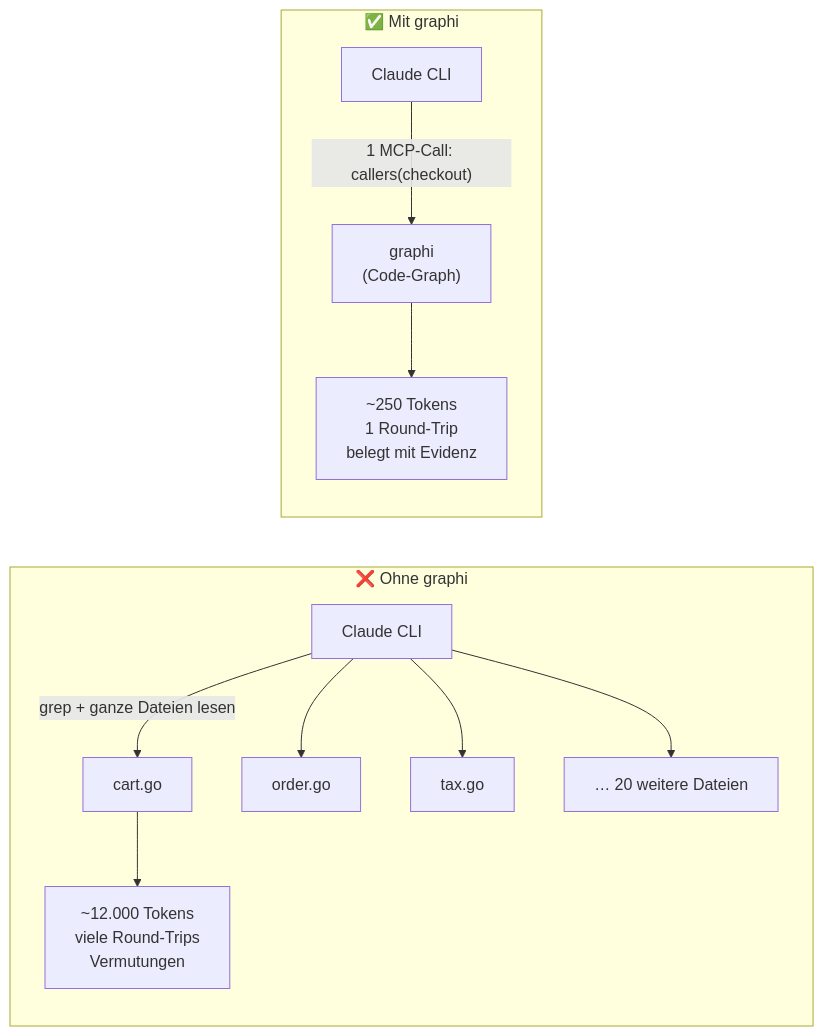
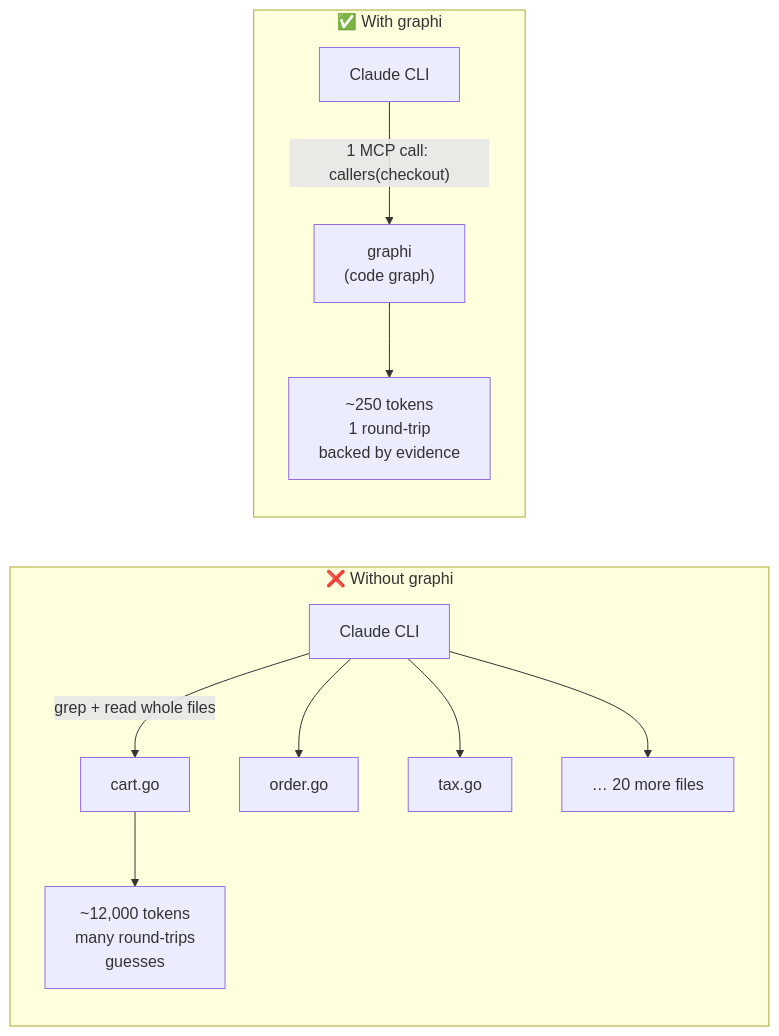
The first of 4 diagrams in docs/tutorial/graphi-with-claude-cli.md (samibel/graphi), drawn with Mermaid before and after one commit. The commit also changed other lines of this file, not shown here.

First line of the commit message:
docs(tutorial): translate graphi × Claude CLI tutorial to English

````diff
--- a/docs/tutorial/graphi-with-claude-cli.md
+++ b/docs/tutorial/graphi-with-claude-cli.md
@@ -15,17 +15,17 @@
 ```mermaid
 flowchart LR
-    subgraph OHNE["❌ Ohne graphi"]
+    subgraph WITHOUT["❌ Without graphi"]
         direction TB
-        A1["Claude CLI"] -->|"grep + ganze Dateien lesen"| F1["cart.go"]
+        A1["Claude CLI"] -->|"grep + read whole files"| F1["cart.go"]
         A1 --> F2["order.go"]
         A1 --> F3["tax.go"]
-        A1 --> F4["… 20 weitere Dateien"]
-        F1 --> R1["~12.000 Tokens<br/>viele Round-Trips<br/>Vermutungen"]
+        A1 --> F4["… 20 more files"]
+        F1 --> R1["~12,000 tokens<br/>many round-trips<br/>guesses"]
     end
 
-    subgraph MIT["✅ Mit graphi"]
+    subgraph WITH["✅ With graphi"]
         direction TB
-        A2["Claude CLI"] -->|"1 MCP-Call: callers(checkout)"| G["graphi<br/>(Code-Graph)"]
-        G --> R2["~250 Tokens<br/>1 Round-Trip<br/>belegt mit Evidenz"]
+        A2["Claude CLI"] -->|"1 MCP call: callers(checkout)"| G["graphi<br/>(code graph)"]
+        G --> R2["~250 tokens<br/>1 round-trip<br/>backed by evidence"]
     end
 ```
````
